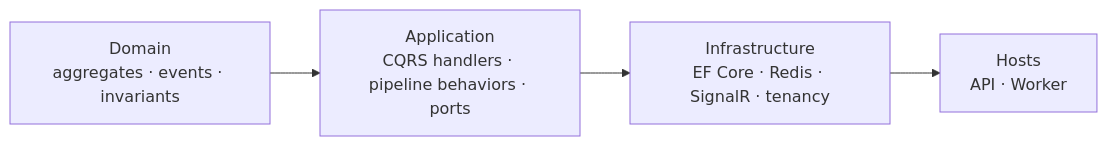
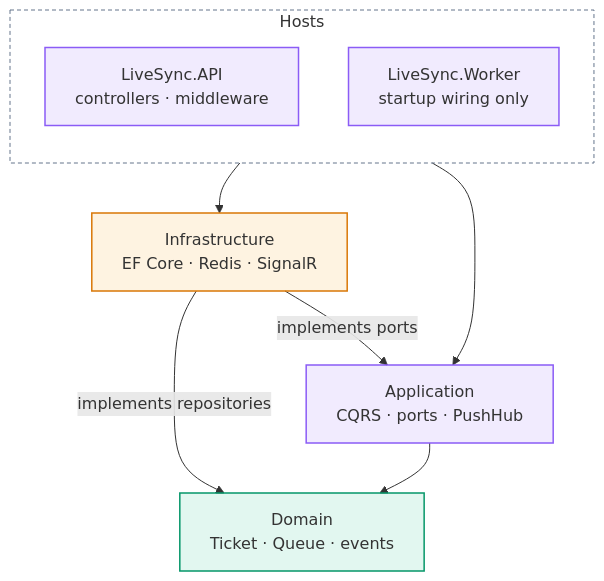
The seventh of 8 diagrams in README.md (ismayilov449/LiveSync), drawn with Mermaid before and after one commit. The commit also changed other lines of this file, not shown here.

First line of the commit message:
Redesign README diagrams for clarity and accuracy

````diff
--- a/README.md
+++ b/README.md
@@ -195,6 +345,24 @@
 ```mermaid
-flowchart LR
-    D["Domain<br/>aggregates · events · invariants"] --> A["Application<br/>CQRS handlers · pipeline behaviors · ports"]
-    A --> I["Infrastructure<br/>EF Core · Redis · SignalR · tenancy"]
-    I --> H["Hosts<br/>API · Worker"]
+flowchart TB
+    subgraph HOSTS["Hosts"]
+        direction TB
+        API["LiveSync.API<br/>controllers · middleware"]
+        WRK["LiveSync.Worker<br/>startup wiring only"]
+    end
+    INF["Infrastructure<br/>EF Core · Redis · SignalR"]
+    APP["Application<br/>CQRS · ports · PushHub"]
+    DOM["Domain<br/>Ticket · Queue · events"]
+    HOSTS --> INF
+    HOSTS --> APP
+    INF -- "implements ports" --> APP
+    INF -- "implements repositories" --> DOM
+    APP --> DOM
+
+    classDef host   fill:#8b5cf61f,stroke:#8b5cf6,stroke-width:1.5px
+    classDef store  fill:#f59e0b1f,stroke:#d97706,stroke-width:1.5px
+    classDef guard  fill:#10b9811f,stroke:#059669,stroke-width:1.5px
+    class API,WRK,APP host
+    class INF store
+    class DOM guard
+    style HOSTS fill:transparent,stroke:#64748b,stroke-dasharray:4 3
 ```
````
